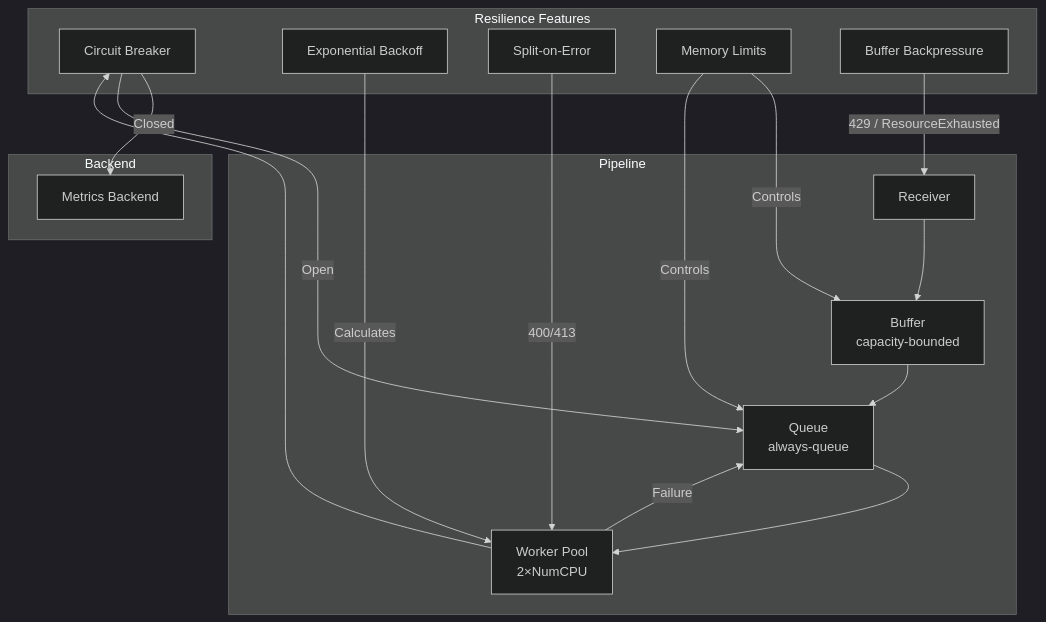
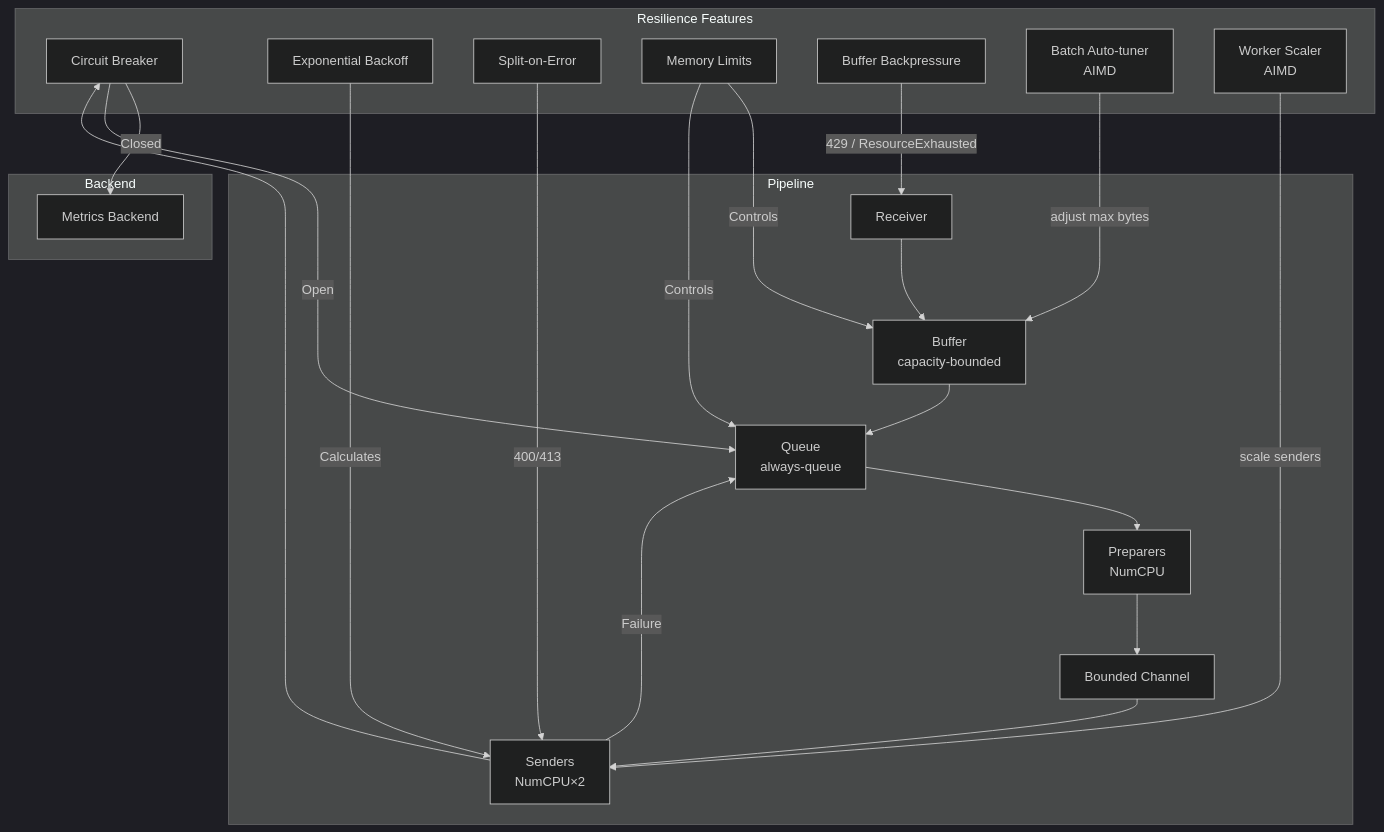
One commit to szibis/metrics-governor changed the first of 6 diagrams in docs/resilience.md. Above: the diagram before and after it, drawn with Mermaid (dark theme). The commit also changed other lines of this file and 40 other files, not shown here.

````diff
--- a/docs/resilience.md
+++ b/docs/resilience.md
@@ -9,34 +9,40 @@
 ```mermaid
 graph TB
     subgraph "Resilience Features"
         CB[Circuit Breaker]
         BO[Exponential Backoff]
         SOE[Split-on-Error]
         ML[Memory Limits]
         BP[Buffer Backpressure]
+        BT[Batch Auto-tuner<br/>AIMD]
+        WS[Worker Scaler<br/>AIMD]
     end
 
     subgraph "Pipeline"
         RX[Receiver]
         BUF[Buffer<br/>capacity-bounded]
         Q[Queue<br/>always-queue]
-        WP[Worker Pool<br/>2×NumCPU]
+        PREP[Preparers<br/>NumCPU]
+        CH[Bounded Channel]
+        SEND[Senders<br/>NumCPU×2]
     end
 
     subgraph "Backend"
         BE[Metrics Backend]
     end
 
     RX --> BUF
     BUF --> Q
-    Q --> WP
-    WP --> CB
+    Q --> PREP --> CH --> SEND
+    SEND --> CB
     CB -->|Closed| BE
     CB -->|Open| Q
-    WP -->|Failure| Q
+    SEND -->|Failure| Q
     BP -->|"429 / ResourceExhausted"| RX
     ML -->|Controls| BUF
     ML -->|Controls| Q
-    BO -->|Calculates| WP
-    SOE -->|"400/413"| WP
+    BO -->|Calculates| SEND
+    SOE -->|"400/413"| SEND
+    BT -->|"adjust max bytes"| BUF
+    WS -->|"scale senders"| SEND
 ```
````
